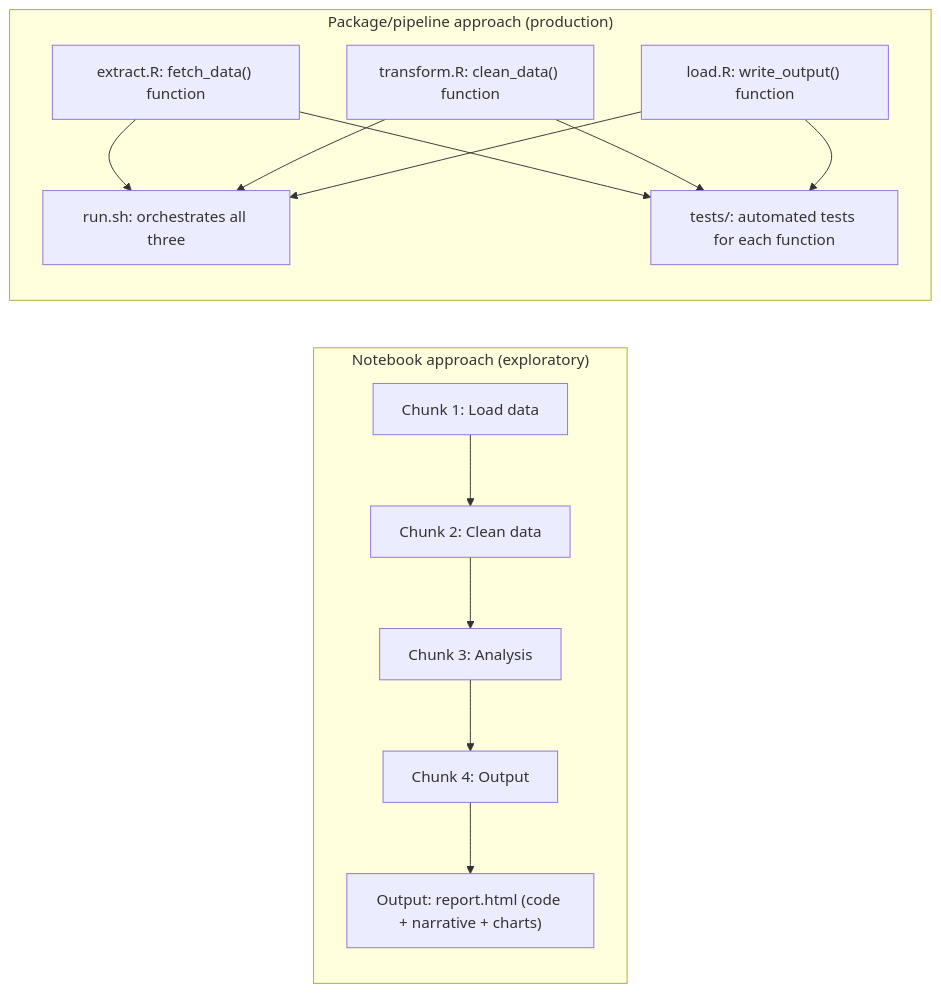
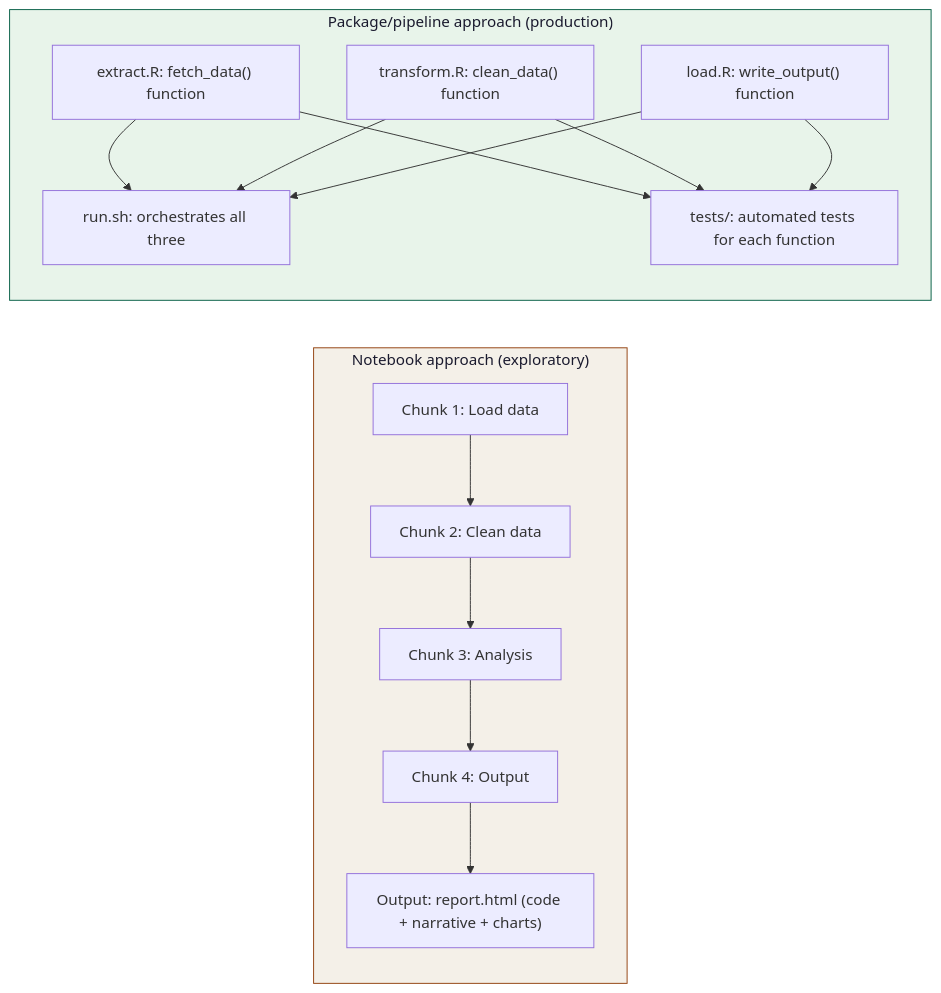
One commit to Ch3w3y/docker_gcp changed the first of 4 diagrams in docs/code-organisation.md. Above: the diagram before and after it, drawn with Mermaid. The commit also changed other lines of this file and 3 other files, not shown here.

First line of the commit message:
fix(a11y): add node styles to remaining unstyled diagrams

````diff
--- a/docs/code-organisation.md
+++ b/docs/code-organisation.md
@@ -23,23 +23,25 @@
 ```mermaid
 flowchart LR
     subgraph NB["Notebook approach (exploratory)"]
         direction TB
         N1["Chunk 1: Load data"]
         N2["Chunk 2: Clean data"]
         N3["Chunk 3: Analysis"]
         N4["Chunk 4: Output"]
         N5["Output: report.html (code + narrative + charts)"]
         N1 --> N2 --> N3 --> N4 --> N5
     end
 
     subgraph PKG["Package/pipeline approach (production)"]
         direction TB
         P1["extract.R: fetch_data() function"]
         P2["transform.R: clean_data() function"]
         P3["load.R: write_output() function"]
         P4["run.sh: orchestrates all three"]
         P5["tests/: automated tests for each function"]
         P1 & P2 & P3 --> P4
         P1 & P2 & P3 --> P5
     end
+    style NB fill:#f4f0e8,stroke:#92400e,color:#1a1a2e
+    style PKG fill:#e8f4ea,stroke:#065f46,color:#1a1a2e
 ```
````
